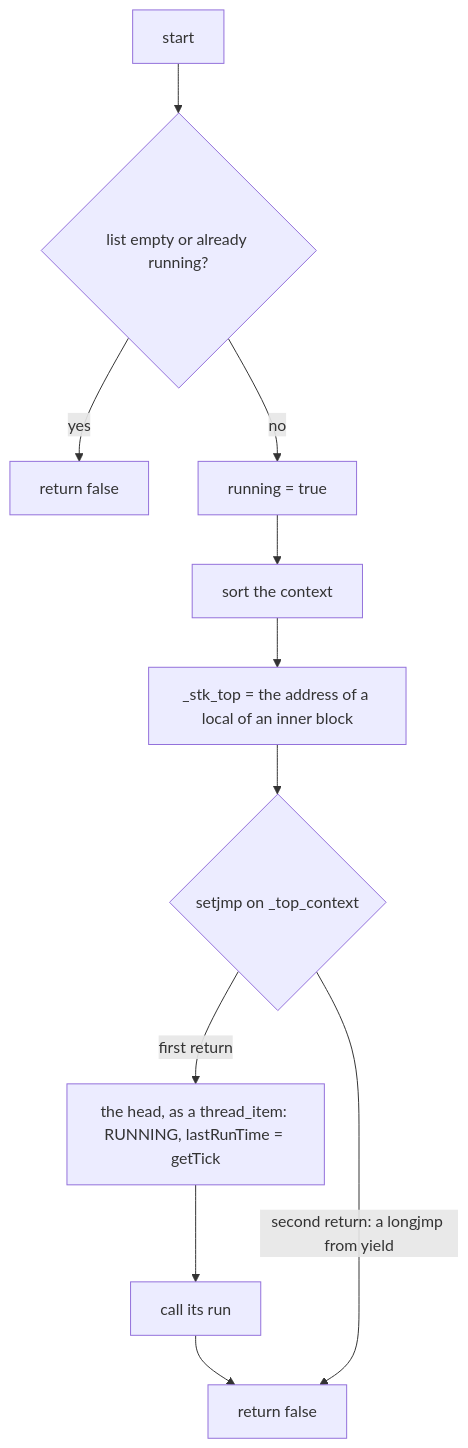
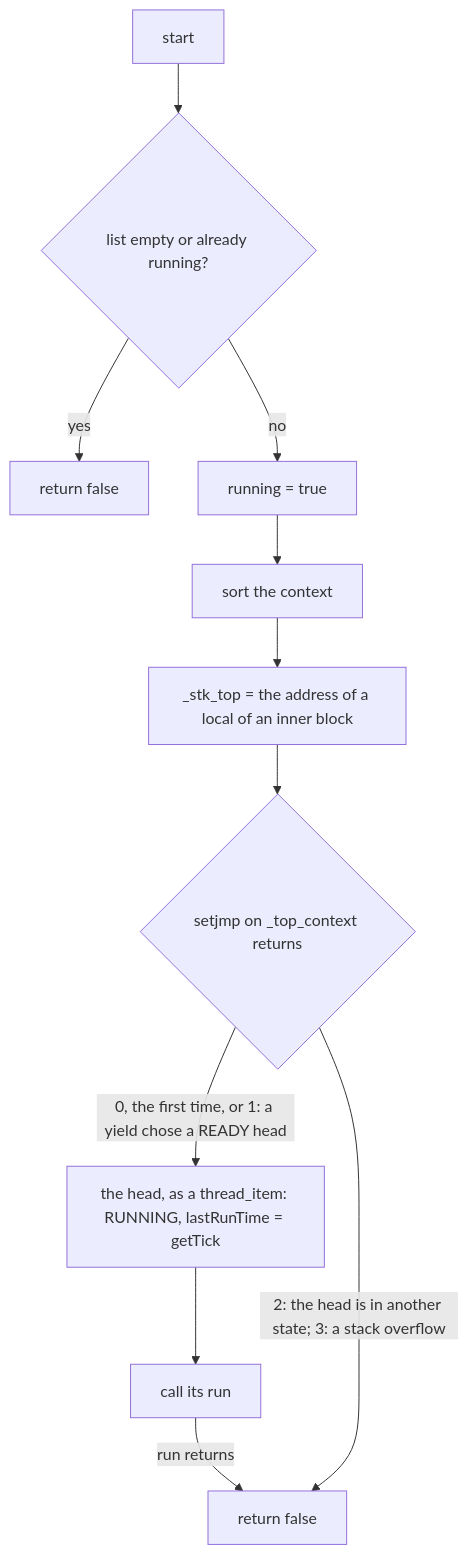
Before and after one commit to solariun/atomicx2: the fifth of 8 diagrams in spec.md, drawn with Mermaid. The commit also changed other lines of this file and 5 other files, not shown here.

````diff
--- a/spec.md
+++ b/spec.md
@@ -420,13 +429,13 @@
 ```mermaid
 flowchart TD
     s["start"] --> e{"list empty or already running?"}
     e -->|yes| f["return false"]
     e -->|no| r["running = true"]
     r --> o["sort the context"]
     o --> m["_stk_top = the address of a local of an inner block"]
-    m --> j{"setjmp on _top_context"}
-    j -->|first return| h["the head, as a thread_item: RUNNING, lastRunTime = getTick"]
+    m --> j{"setjmp on _top_context returns"}
+    j -->|"0, the first time, or 1: a yield chose a READY head"| h["the head, as a thread_item: RUNNING, lastRunTime = getTick"]
     h --> x["call its run"]
-    x --> t["return false"]
-    j -->|"second return: a longjmp from yield"| t
+    x -->|"run returns"| t["return false"]
+    j -->|"2: the head is in another state; 3: a stack overflow"| t
 ```
````
